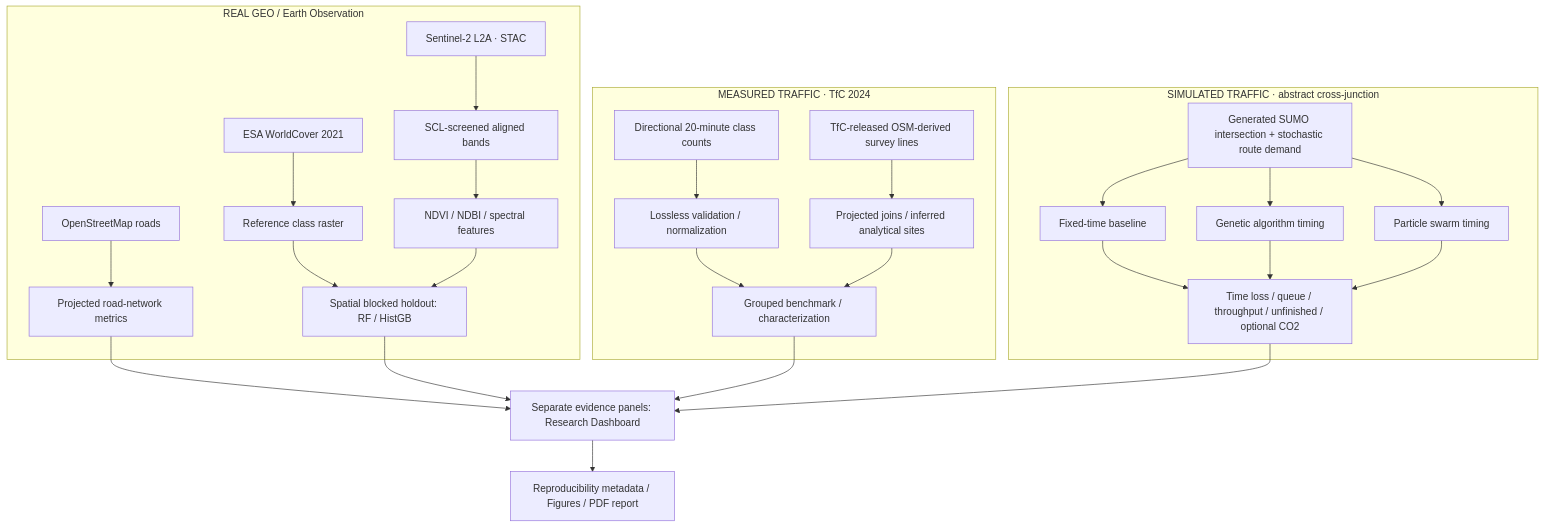
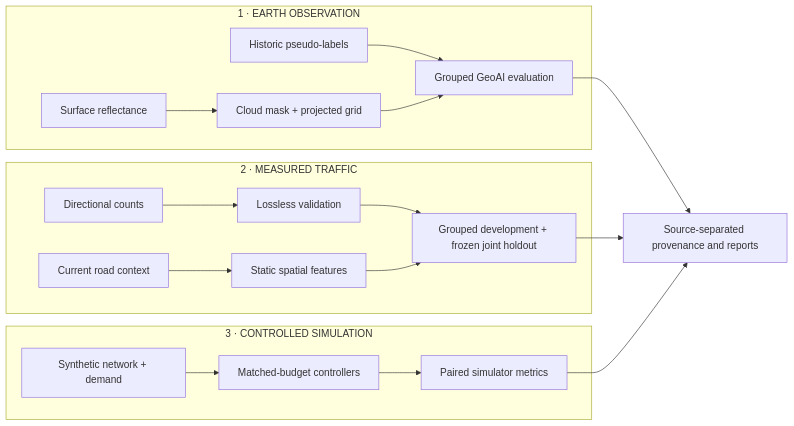
Before and after one commit to Roaa-838/UrbanTwin-AI: the diagram in README.md, drawn with Mermaid. The commit also changed other lines of this file and 16 other files, not shown here.

````diff
--- a/README.md
+++ b/README.md
@@ -44,30 +69,21 @@
 ```mermaid
-flowchart TB
-    subgraph Earth[REAL GEO / Earth Observation]
-      S[Sentinel-2 L2A · STAC] --> A[SCL-screened aligned bands]
-      W[ESA WorldCover 2021] --> C[Reference class raster]
-      O[OpenStreetMap roads] --> R[Projected road-network metrics]
-      A --> F[NDVI / NDBI / spectral features]
-      C --> ML[Spatial blocked holdout: RF / HistGB]
-      F --> ML
+flowchart LR
+    subgraph EO[1 · EARTH OBSERVATION]
+      R[Surface reflectance] --> M[Cloud mask + projected grid]
+      H[Historic pseudo-labels] --> G[Grouped GeoAI evaluation]
+      M --> G
     end
-    subgraph Observed[MEASURED TRAFFIC · TfC 2024]
-      D[Directional 20-minute class counts] --> I[Lossless validation / normalization]
-      G[TfC-released OSM-derived survey lines] --> J[Projected joins / inferred analytical sites]
-      I --> M[Grouped benchmark / characterization]
-      J --> M
+    subgraph OBS[2 · MEASURED TRAFFIC]
+      C[Directional counts] --> V[Lossless validation]
+      N[Current road context] --> F[Static spatial features]
+      V --> S[Grouped development + frozen joint holdout]
+      F --> S
     end
-    subgraph Sim[SIMULATED TRAFFIC · abstract cross-junction]
-      N[Generated SUMO intersection + stochastic route demand] --> B[Fixed-time baseline]
-      N --> GA[Genetic algorithm timing]
-      N --> PSO[Particle swarm timing]
-      B --> T[Time loss / queue / throughput / unfinished / optional CO2]
-      GA --> T
-      PSO --> T
+    subgraph SIM[3 · CONTROLLED SIMULATION]
+      Y[Synthetic network + demand] --> O[Matched-budget controllers]
+      O --> K[Paired simulator metrics]
     end
-    R --> V[Separate evidence panels: Research Dashboard]
-    ML --> V
-    M --> V
-    T --> V
-    V --> P[Reproducibility metadata / Figures / PDF report]
+    G --> P[Source-separated provenance and reports]
+    S --> P
+    K --> P
 ```
````
